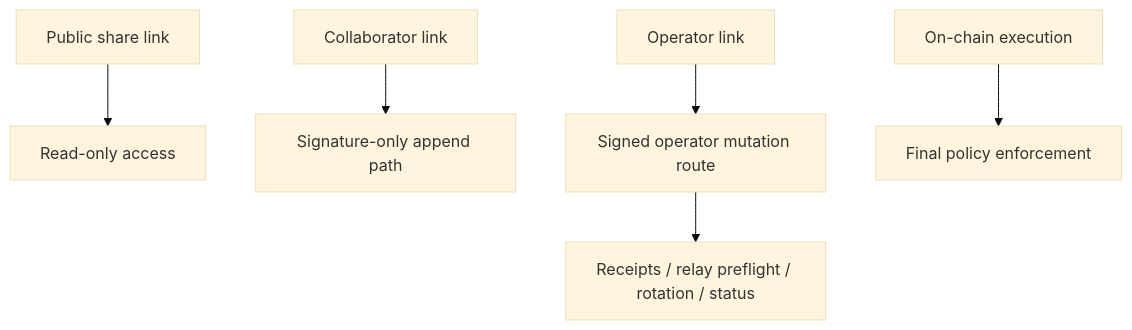
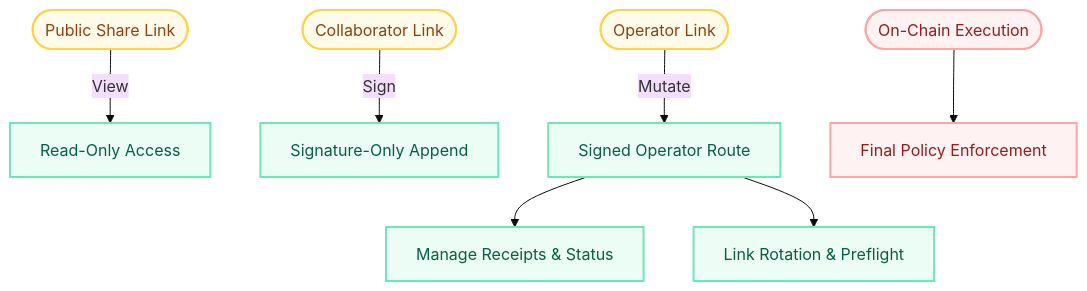
Before and after one commit to r3e-network/neo-abstract-account: the second of 5 diagrams in docs/DATA_FLOW.md, drawn with Mermaid (base theme). The commit also changed other lines of this file and 15 other files, not shown here.

````diff
--- a/docs/DATA_FLOW.md
+++ b/docs/DATA_FLOW.md
@@ -46,8 +62,19 @@
 ```mermaid
 flowchart TD
-  Public[Public share link] --> ReadOnly[Read-only access]
-  Collaborator[Collaborator link] --> SigOnly[Signature-only append path]
-  Operator[Operator link] --> SignedServer[Signed operator mutation route]
-  SignedServer --> Receipts[Receipts / relay preflight / rotation / status]
-  Chain[On-chain execution] --> Policy[Final policy enforcement]
+  Public([Public Share Link]) -->|View| ReadOnly[Read-Only Access]
+  Collaborator([Collaborator Link]) -->|Sign| SigOnly[Signature-Only Append]
+  Operator([Operator Link]) -->|Mutate| SignedServer[Signed Operator Route]
+  
+  SignedServer --> Receipts[Manage Receipts & Status]
+  SignedServer --> Rotation[Link Rotation & Preflight]
+  
+  Chain([On-Chain Execution]) --> Policy[Final Policy Enforcement]
+
+  classDef link fill:#fffbeb,stroke:#fcd34d,stroke-width:2px,color:#92400e
+  classDef action fill:#ecfdf5,stroke:#6ee7b7,stroke-width:2px,color:#065f46
+  classDef enforce fill:#fef2f2,stroke:#fca5a5,stroke-width:2px,color:#991b1b
+  
+  class Public,Collaborator,Operator link
+  class ReadOnly,SigOnly,SignedServer,Receipts,Rotation action
+  class Chain,Policy enforce
 ```
````
